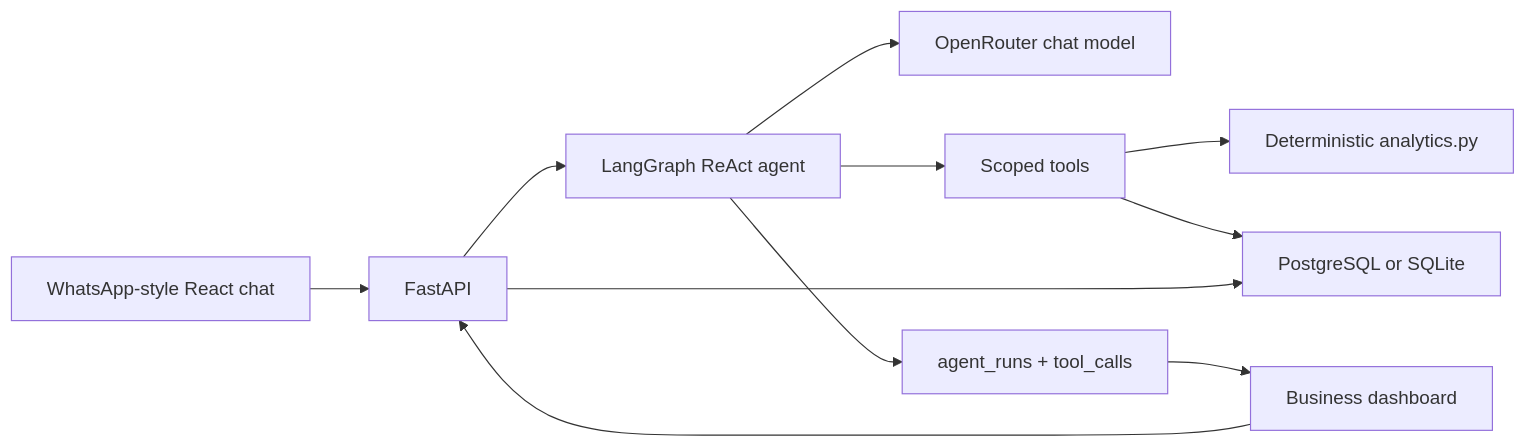
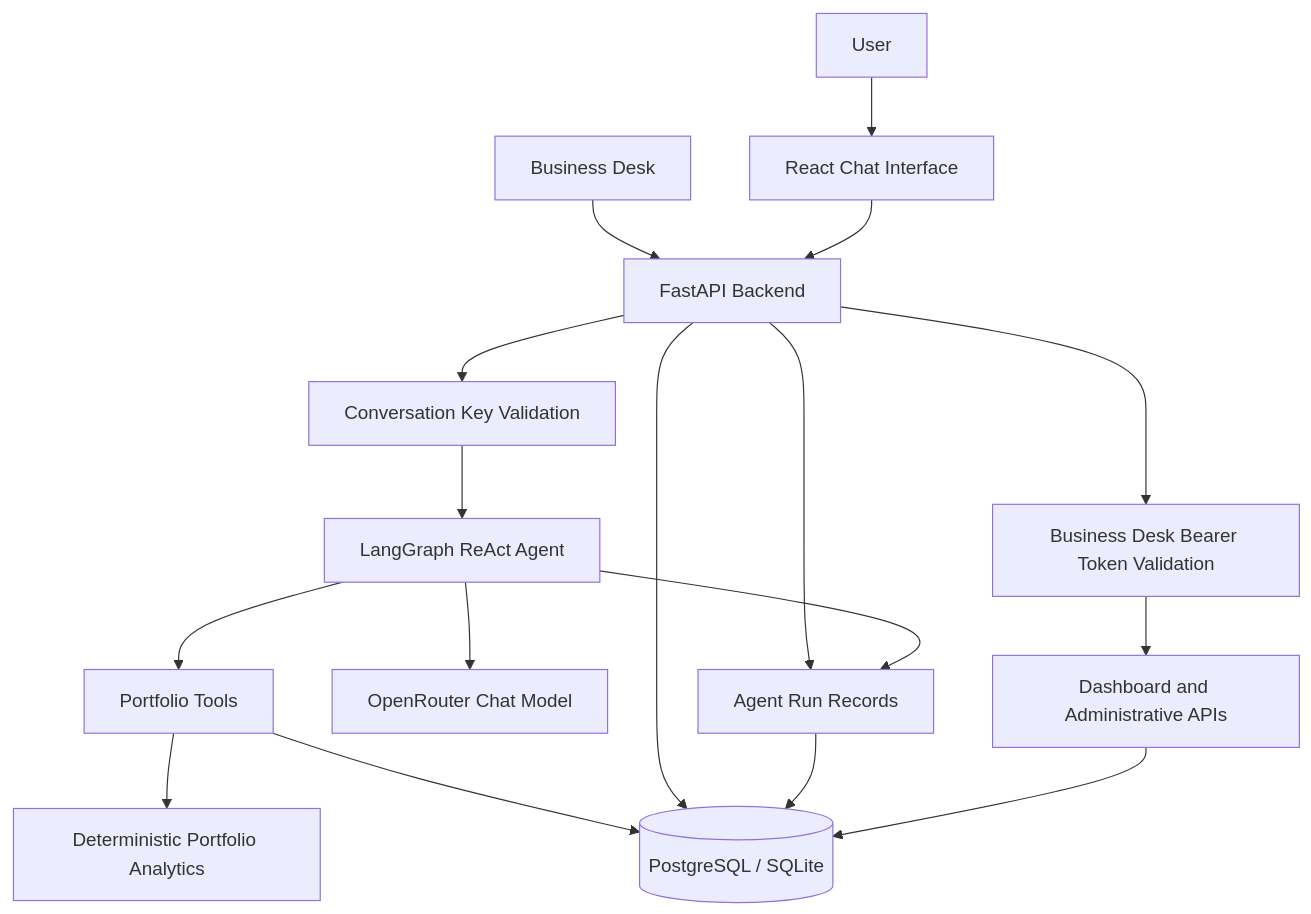
The diagram in ARCHITECTURE.md (Bhaveshcpp/Portfly), drawn with Mermaid before and after one commit. The commit also changed other lines of this file and 4 other files, not shown here.

````diff
--- a/ARCHITECTURE.md
+++ b/ARCHITECTURE.md
@@ -3,13 +11,23 @@
 ```mermaid
-flowchart LR
-  Chat["WhatsApp-style React chat"] --> API["FastAPI"]
-  Desk["Business dashboard"] --> API
-  API --> Agent["LangGraph ReAct agent"]
-  Agent --> OR["OpenRouter chat model"]
-  Agent --> Tools["Scoped tools"]
-  Tools --> Calc["Deterministic analytics.py"]
-  Tools --> PG["PostgreSQL or SQLite"]
-  API --> PG
-  Agent --> Logs["agent_runs + tool_calls"]
-  Logs --> Desk
+flowchart TD
+    USER[User] --> CHAT[React Chat Interface]
+    DESK[Business Desk] --> API[FastAPI Backend]
+    CHAT --> API
+
+    API --> CKEY[Conversation Key Validation]
+    CKEY --> AGENT[LangGraph ReAct Agent]
+
+    API --> DESKAUTH[Business Desk Bearer Token Validation]
+    DESKAUTH --> DASH[Dashboard and Administrative APIs]
+
+    AGENT --> MODEL[OpenRouter Chat Model]
+    AGENT --> TOOLS[Portfolio Tools]
+    TOOLS --> CALC[Deterministic Portfolio Analytics]
+    TOOLS --> DB[(PostgreSQL / SQLite)]
+    API --> DB
+
+    API --> RUNS[Agent Run Records]
+    AGENT --> RUNS
+    RUNS --> DB
+    DASH --> DB
 ```
````
